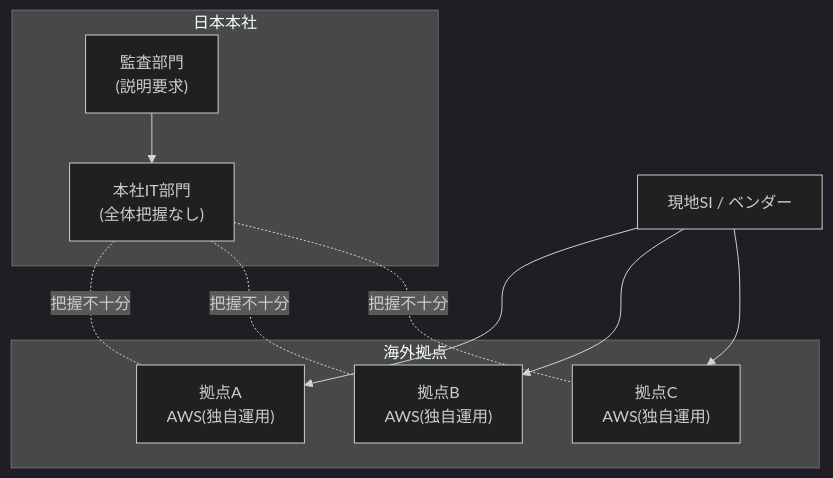
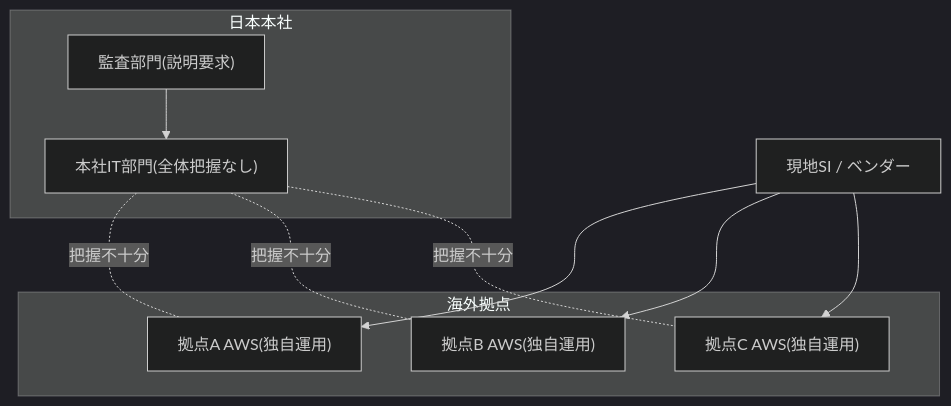
The diagram in devops_notes/20260131_global_cloud_governance_consulting_notes.md (conti0513/development_public), drawn with Mermaid (dark theme) before and after one commit. The commit also changed 1 other file, not shown here.

Commit message:
docs: log daily TIL with tech notes and reflection (2026-02-01)

````diff
--- a/devops_notes/20260131_global_cloud_governance_consulting_notes.md
+++ b/devops_notes/20260131_global_cloud_governance_consulting_notes.md
@@ -49,25 +49,25 @@
 ```mermaid
 flowchart TB
   subgraph HQ["日本本社"]
-    HQIT["本社IT部門\n(全体把握なし)"]
-    AUDIT["監査部門\n(説明要求)"]
+    HQIT["本社IT部門(全体把握なし)"]
+    AUDIT["監査部門(説明要求)"]
   end
 
   subgraph Global["海外拠点"]
-    A1["拠点A\nAWS(独自運用)"]
-    A2["拠点B\nAWS(独自運用)"]
-    A3["拠点C\nAWS(独自運用)"]
+    A1["拠点A AWS(独自運用)"]
+    A2["拠点B AWS(独自運用)"]
+    A3["拠点C AWS(独自運用)"]
   end
 
   SI["現地SI / ベンダー"]
 
   HQIT -.把握不十分.- A1
   HQIT -.把握不十分.- A2
   HQIT -.把握不十分.- A3
 
   SI --> A1
   SI --> A2
   SI --> A3
 
   AUDIT --> HQIT
 ```
````
